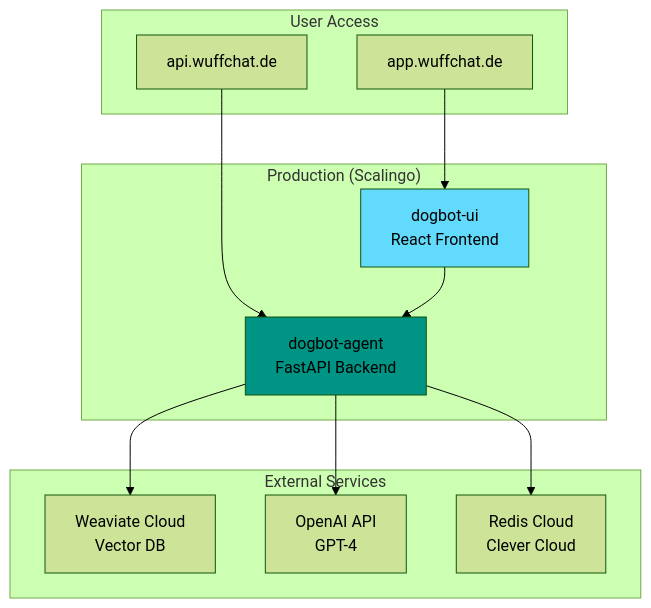
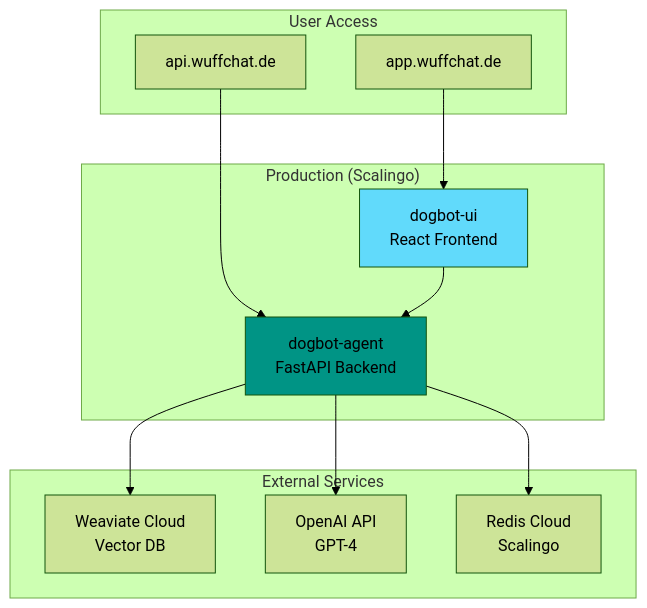
Before and after one commit to kemperfekt/dogbot-agent: the sixth of 6 diagrams in README.md, drawn with Mermaid (forest theme). The commit also changed 14 other files, not shown here.

````diff
--- a/README.md
+++ b/README.md
@@ -295,28 +295,28 @@
 ```mermaid
 graph TB
     subgraph "Production (Scalingo)"
         FE[dogbot-ui<br/>React Frontend]
         BE[dogbot-agent<br/>FastAPI Backend]
     end
     
     subgraph "External Services"
         WV[Weaviate Cloud<br/>Vector DB]
         OAI[OpenAI API<br/>GPT-4]
-        RD[Redis Cloud<br/>Clever Cloud]
+        RD[Redis Cloud<br/>Scalingo]
     end
     
     subgraph "User Access"
         WEB[app.wuffchat.de]
         API[api.wuffchat.de]
     end
     
     WEB --> FE
     API --> BE
     FE --> BE
     BE --> WV
     BE --> OAI
     BE --> RD
     
     style FE fill:#61dafb
     style BE fill:#009485
 ```
````
